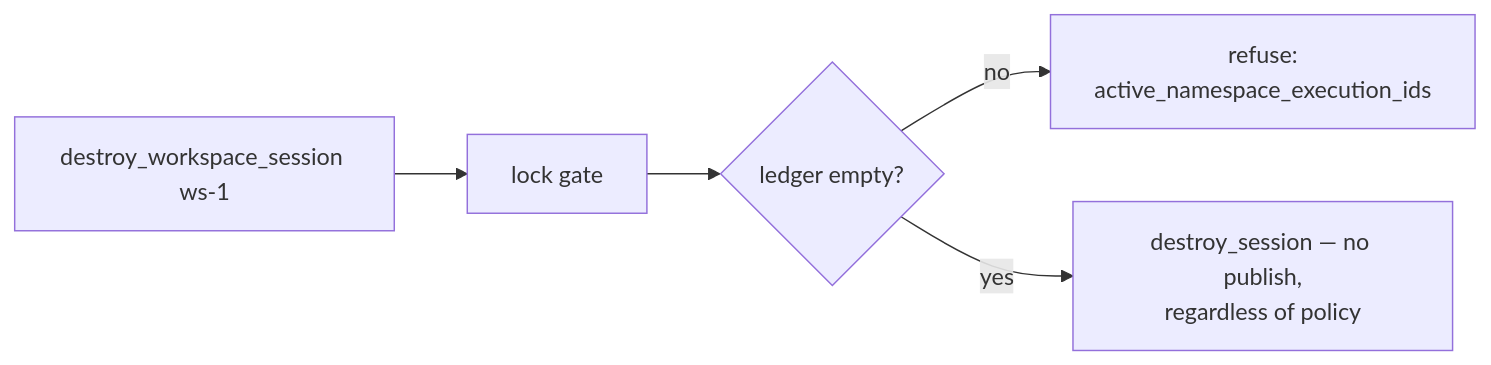
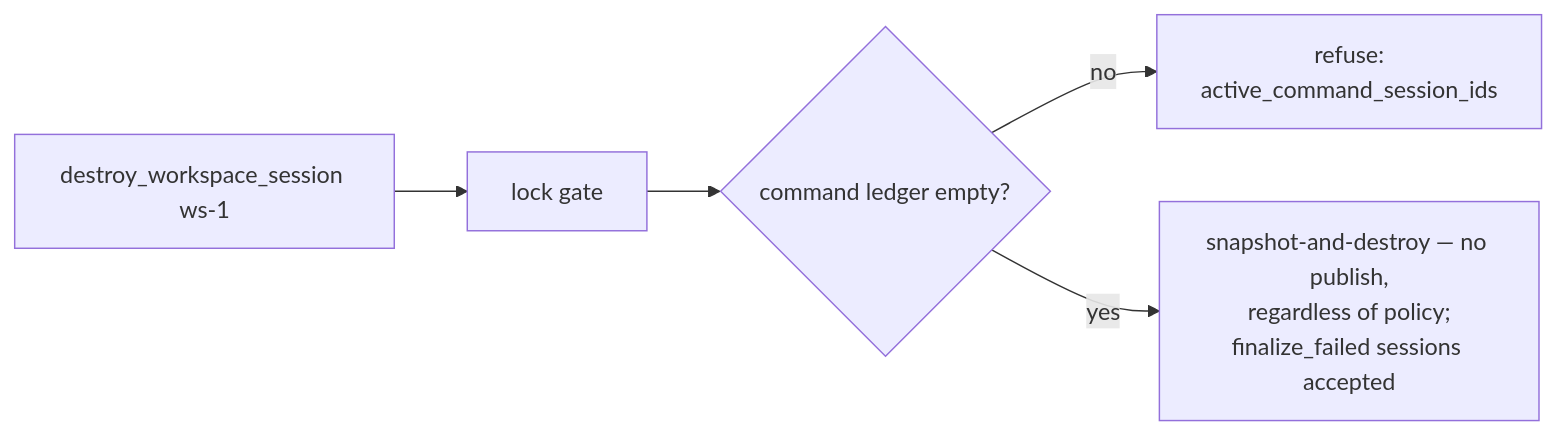
Before and after one commit to Ephemeral-AI-Lab/ephemeral-os: the fourth of 5 diagrams in docs/obsidian/ephemeral-os/implementation_plan/finalize-policy/spec.md, drawn with Mermaid. The commit also changed other lines of this file and 414 other files, not shown here.

````diff
--- a/docs/obsidian/ephemeral-os/implementation_plan/finalize-policy/spec.md
+++ b/docs/obsidian/ephemeral-os/implementation_plan/finalize-policy/spec.md
@@ -358,7 +568,7 @@
 ```mermaid
 flowchart LR
     A[destroy_workspace_session ws-1] --> B[lock gate]
-    B --> C{ledger empty?}
-    C -- no --> D[refuse:<br/>active_namespace_execution_ids]
-    C -- yes --> E[destroy_session — no publish,<br/>regardless of policy]
+    B --> C{command ledger empty?}
+    C -- no --> D[refuse:<br/>active_command_session_ids]
+    C -- yes --> E[snapshot-and-destroy — no publish,<br/>regardless of policy;<br/>finalize_failed sessions accepted]
 ```
````
